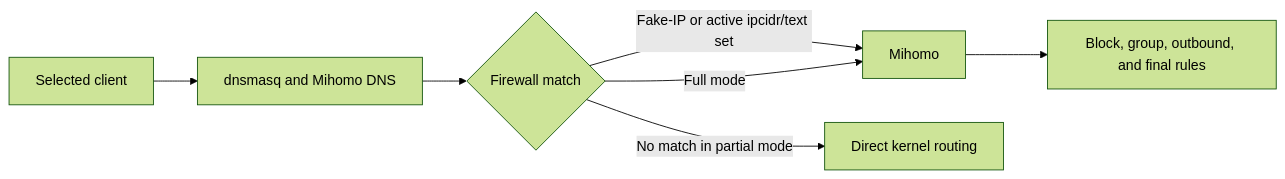
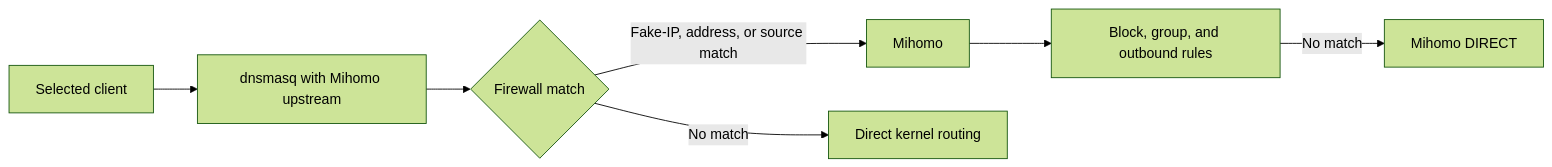
Before and after one commit to SaltyMonkey/justclash: the diagram in info/concepts/routing.md, drawn with Mermaid (forest theme). The commit also changed other lines of this file and 17 other files, not shown here.

````diff
--- a/info/concepts/routing.md
+++ b/info/concepts/routing.md
@@ -28,9 +13,9 @@
 ```mermaid
 flowchart LR
-    Client[Selected client] --> DNS[dnsmasq and Mihomo DNS]
+    Client[Selected client] --> DNS[dnsmasq with Mihomo upstream]
     DNS --> Decision{Firewall match}
-    Decision -->|Fake-IP or active ipcidr/text set| Core[Mihomo]
-    Decision -->|No match in partial mode| Kernel[Direct kernel routing]
-    Decision -->|Full mode| Core
-    Core --> Rules[Block, group, outbound, and final rules]
+    Decision -->|Fake-IP, address, or source match| Core[Mihomo]
+    Decision -->|No match| Kernel[Direct kernel routing]
+    Core --> Rules[Block, group, and outbound rules]
+    Rules -->|No match| Direct[Mihomo DIRECT]
 ```
````
